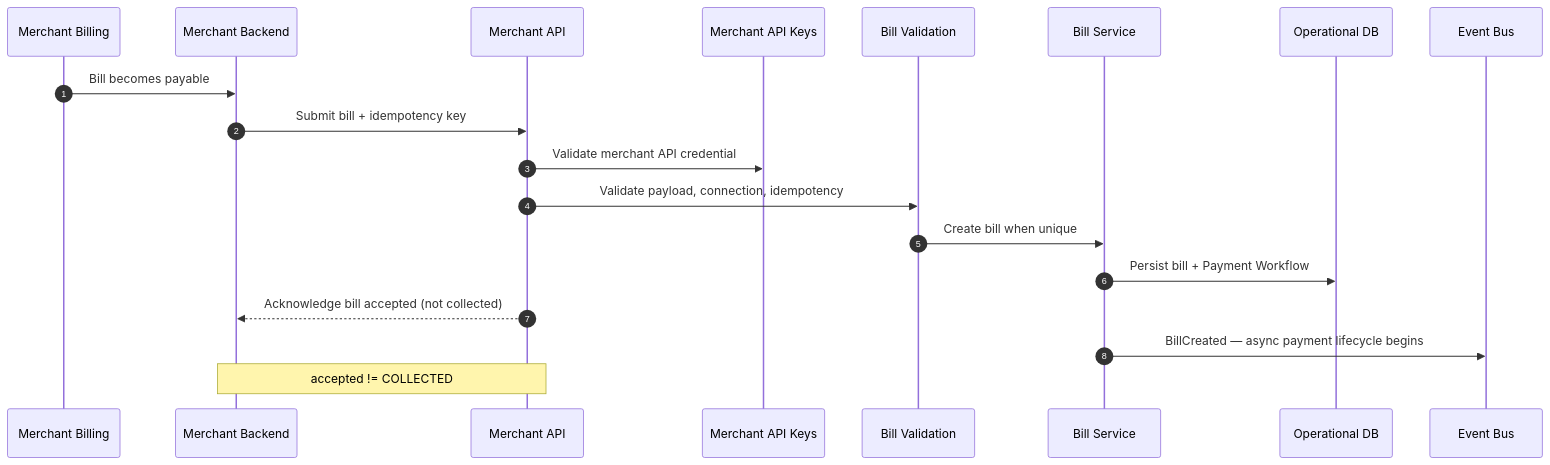
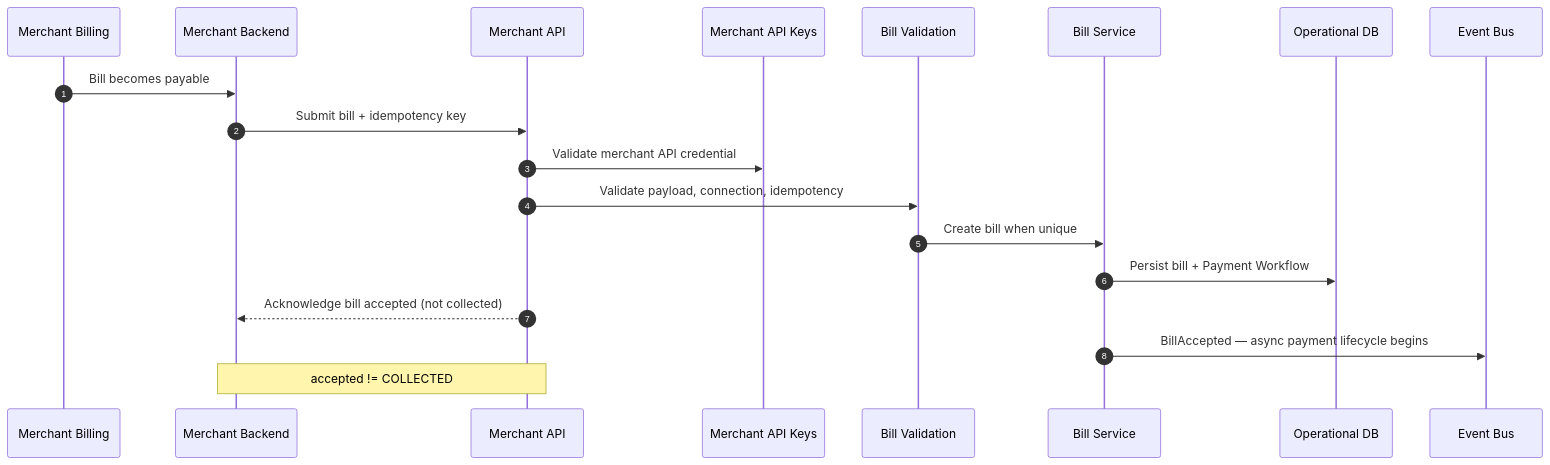
One commit to MR0808/sparelane-architecture changed the diagram in docs/design/integrations/merchant-bill-submission.md. Above: the diagram before and after it, drawn with Mermaid. The commit also changed 26 other files, not shown here.

````diff
--- a/docs/design/integrations/merchant-bill-submission.md
+++ b/docs/design/integrations/merchant-bill-submission.md
@@ -37,23 +37,23 @@
 ```mermaid
 sequenceDiagram
     autonumber
     participant MB as Merchant Billing
     participant MBE as Merchant Backend
     participant API as Merchant API
     participant Keys as Merchant API Keys
     participant Val as Bill Validation
     participant BS as Bill Service
     participant ODB as Operational DB
     participant Bus as Event Bus
 
     MB->>MBE: Bill becomes payable
     MBE->>API: Submit bill + idempotency key
     API->>Keys: Validate merchant API credential
     API->>Val: Validate payload, connection, idempotency
     Val->>BS: Create bill when unique
     BS->>ODB: Persist bill + Payment Workflow
     API-->>MBE: Acknowledge bill accepted (not collected)
-    BS->>Bus: BillCreated — async payment lifecycle begins
+    BS->>Bus: BillAccepted — async payment lifecycle begins
 
     Note over API,MBE: accepted != COLLECTED
 ```
````
